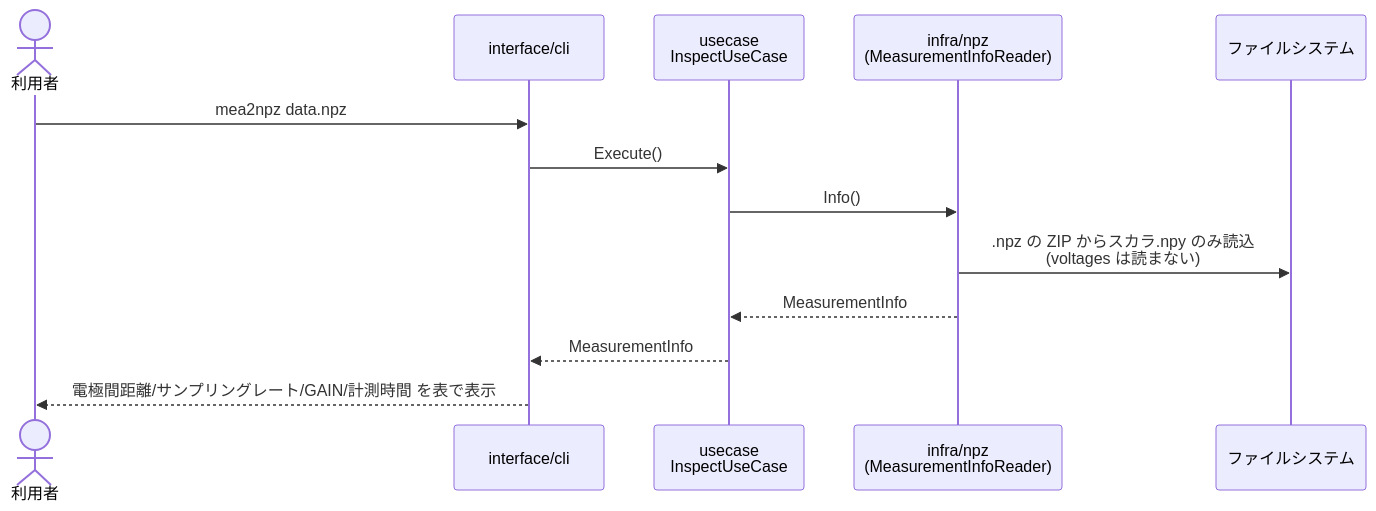
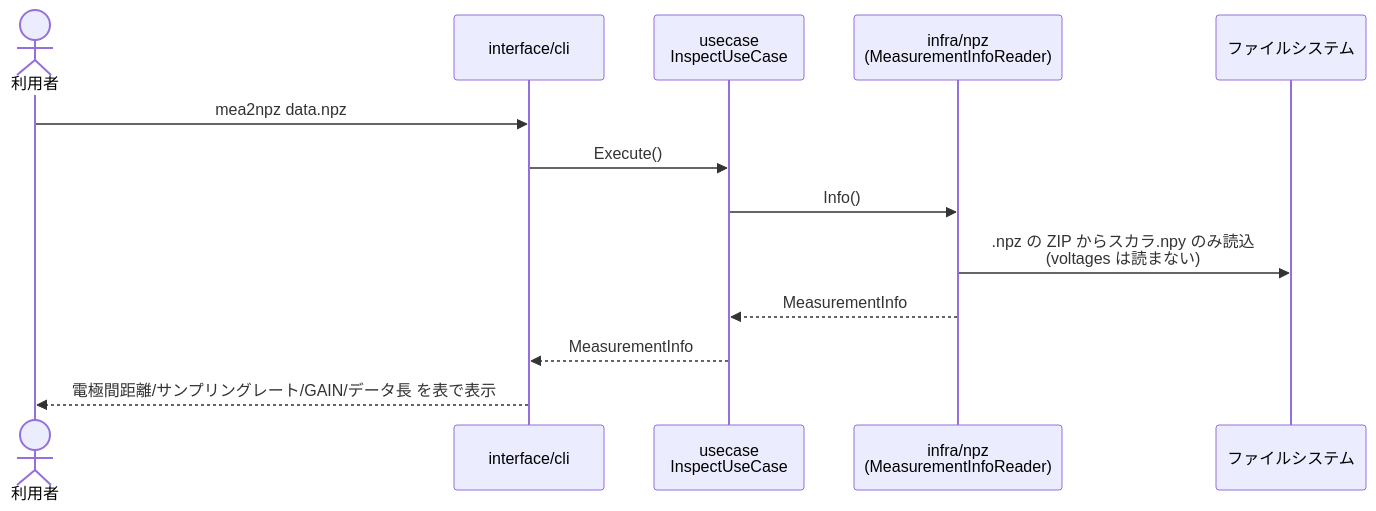
Before and after one commit to kkito0726/MEA_modules: the second of 2 diagrams in tools/mea2npz/README.md, drawn with Mermaid. The commit also changed other lines of this file and 12 other files, not shown here.

````diff
--- a/tools/mea2npz/README.md
+++ b/tools/mea2npz/README.md
@@ -129,16 +129,16 @@
 ```mermaid
 sequenceDiagram
     actor U as 利用者
     participant CLI as interface/cli
     participant UC as usecase<br/>InspectUseCase
     participant IR as infra/npz<br/>(MeasurementInfoReader)
     participant FS as ファイルシステム
 
     U->>CLI: mea2npz data.npz
     CLI->>UC: Execute()
     UC->>IR: Info()
     IR->>FS: .npz の ZIP からスカラ.npy のみ読込<br/>(voltages は読まない)
     IR-->>UC: MeasurementInfo
     UC-->>CLI: MeasurementInfo
-    CLI-->>U: 電極間距離/サンプリングレート/GAIN/計測時間 を表で表示
+    CLI-->>U: 電極間距離/サンプリングレート/GAIN/データ長 を表で表示
 ```
````
